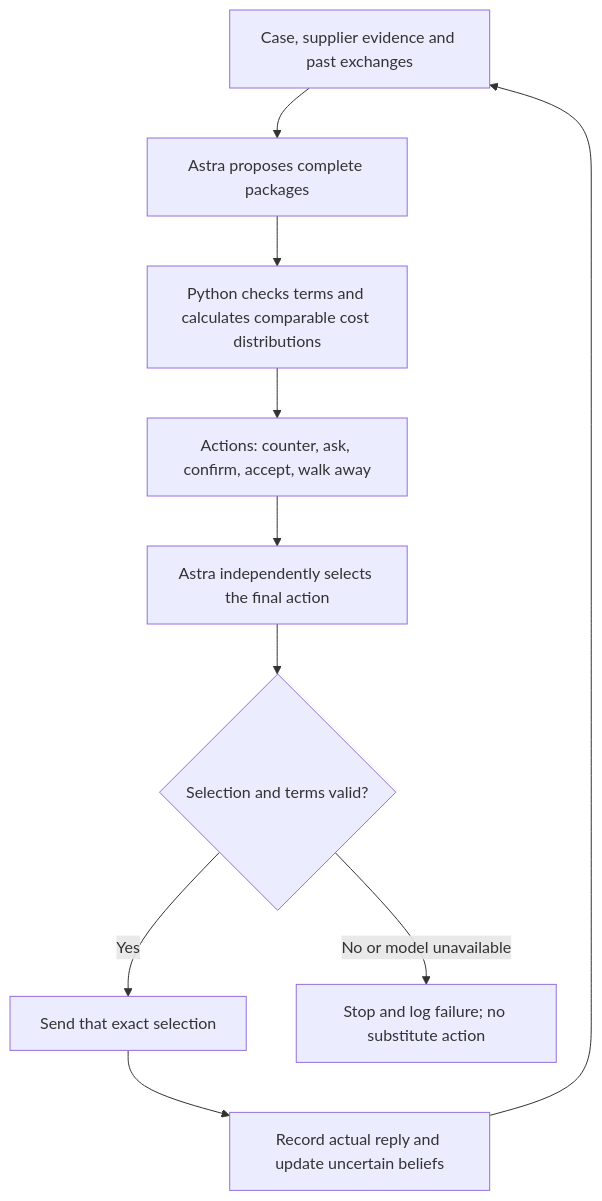
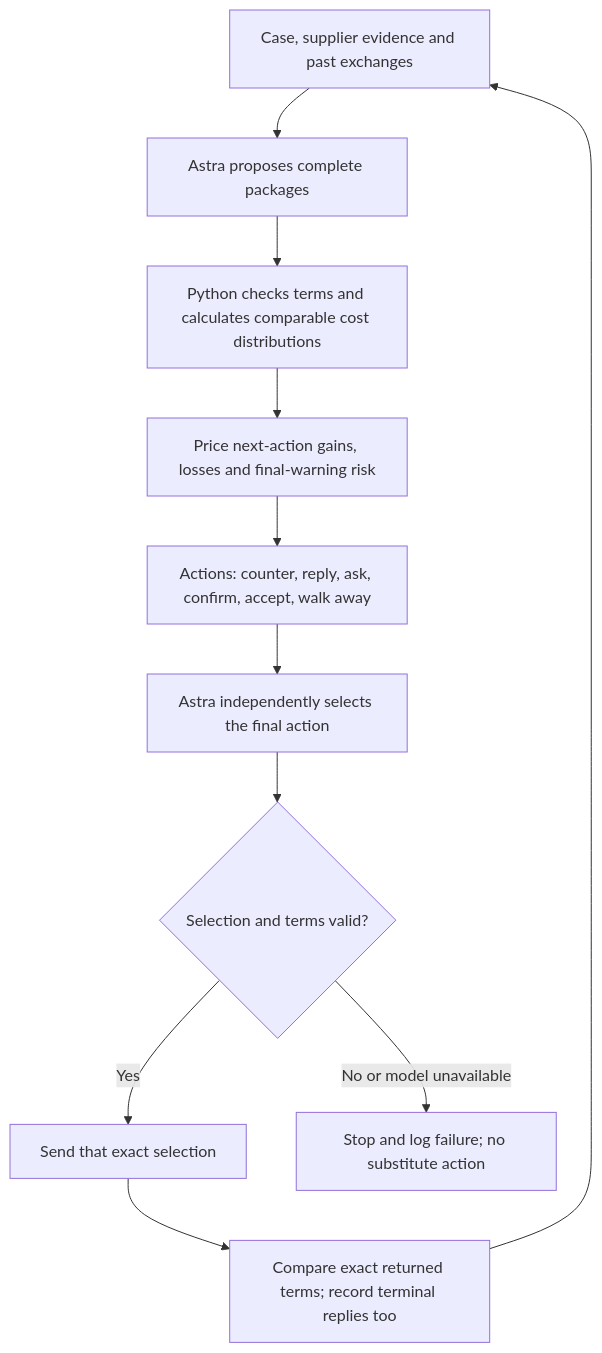
Before and after one commit to european-hackathon-league/submission-3f76c079-ac34-492c-ae1d-eada3ff92c55-1413167341: the diagram in docs/ANALYTICAL.md, drawn with Mermaid. The commit also changed other lines of this file and 13 other files, not shown here.

First line of the commit message:
Repair negotiation feedback, grounded replies and continuation risk

````diff
--- a/docs/ANALYTICAL.md
+++ b/docs/ANALYTICAL.md
@@ -21,12 +23,13 @@
 ```mermaid
 flowchart TD
     A[Case, supplier evidence and past exchanges] --> B[Astra proposes complete packages]
     B --> C[Python checks terms and calculates comparable cost distributions]
-    C --> D[Actions: counter, ask, confirm, accept, walk away]
+    C --> R[Price next-action gains, losses and final-warning risk]
+    R --> D[Actions: counter, reply, ask, confirm, accept, walk away]
     D --> E[Astra independently selects the final action]
     E --> F{Selection and terms valid?}
     F -->|Yes| G[Send that exact selection]
     F -->|No or model unavailable| H[Stop and log failure; no substitute action]
-    G --> I[Record actual reply and update uncertain beliefs]
+    G --> I[Compare exact returned terms; record terminal replies too]
     I --> A
 ```
````
